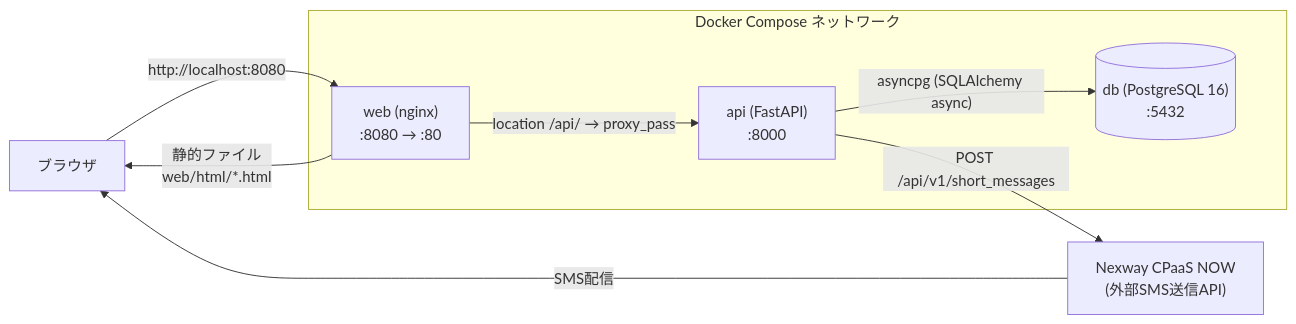
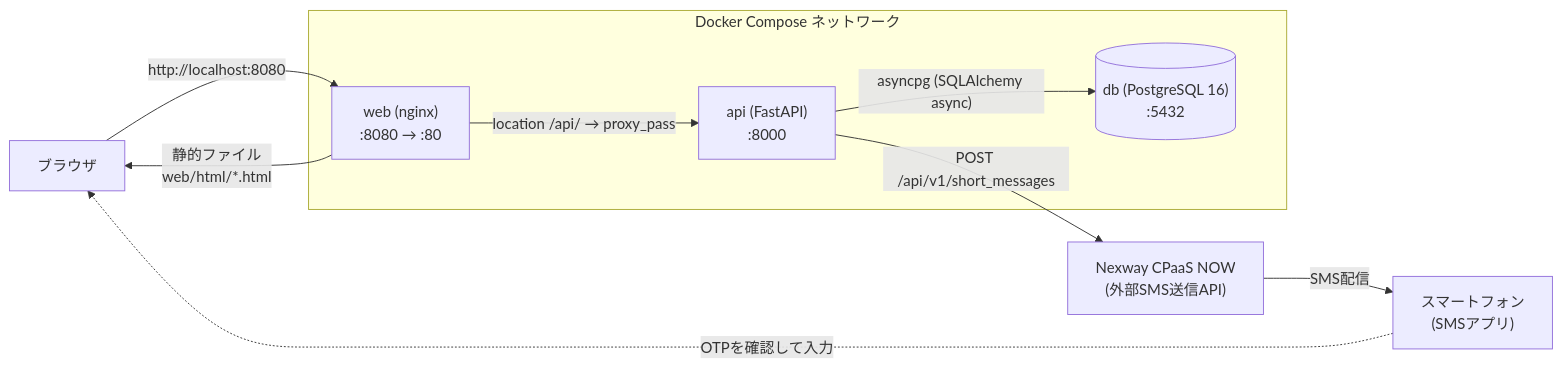
One commit to Fu11erene/ip3-hackathon changed the first of 2 diagrams in README.md. Above: the diagram before and after it, drawn with Mermaid. The commit also changed other lines of this file, not shown here.

````diff
--- a/README.md
+++ b/README.md
@@ -15,18 +15,20 @@
 ```mermaid
 graph LR
     U["ブラウザ"]
+    S["スマートフォン\n(SMSアプリ)"]
     N["Nexway CPaaS NOW\n(外部SMS送信API)"]
 
     subgraph docker["Docker Compose ネットワーク"]
         W["web (nginx)\n:8080 → :80"]
         A["api (FastAPI)\n:8000"]
         D[("db (PostgreSQL 16)\n:5432")]
     end
 
     U -->|"http://localhost:8080"| W
     W -->|"静的ファイル\nweb/html/*.html"| U
     W -->|"location /api/ → proxy_pass"| A
     A -->|"asyncpg (SQLAlchemy async)"| D
     A -->|"POST /api/v1/short_messages"| N
-    N -->|"SMS配信"| U
+    N -->|"SMS配信"| S
+    S -.->|"OTPを確認して入力"| U
 ```
````
